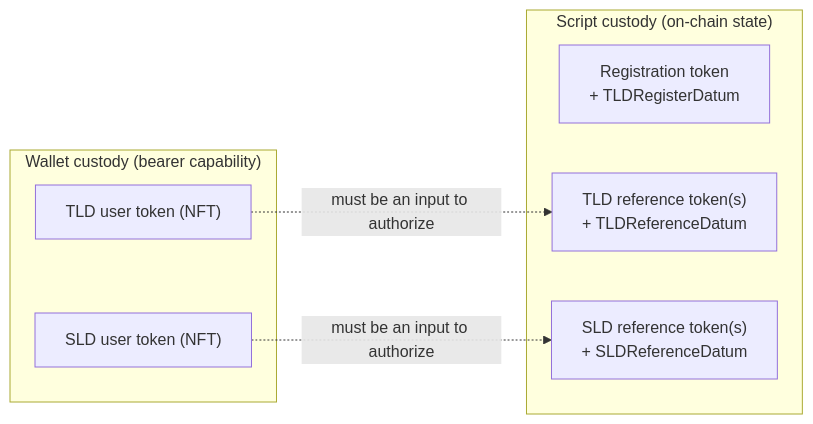
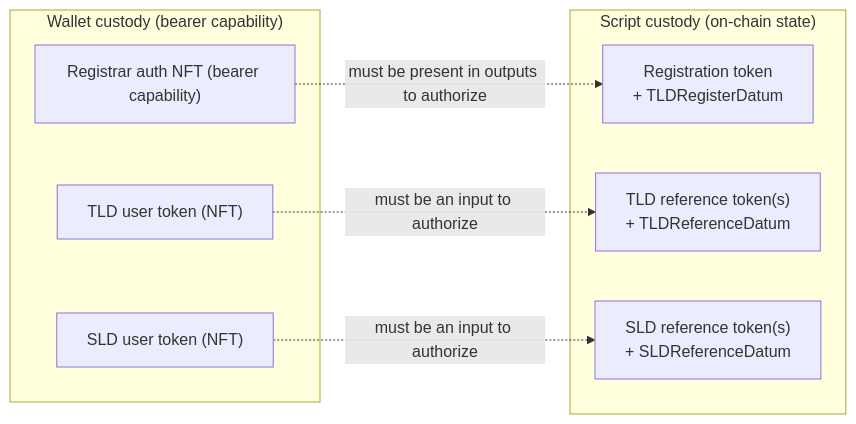
Before and after one commit to blinklabs-io/dns-contracts: the fifth of 14 diagrams in docs/architecture/smart-contract-architecture.md, drawn with Mermaid. The commit also changed other lines of this file and 20 other files, not shown here.

First line of the commit message:
Registrar NFT auth, OwnerAction signature binding, and minted==1 boundary fixes (#21)

````diff
--- a/docs/architecture/smart-contract-architecture.md
+++ b/docs/architecture/smart-contract-architecture.md
@@ -315,15 +318,17 @@
 ```mermaid
 flowchart LR
     subgraph SCRIPTS["Script custody (on-chain state)"]
         RT["Registration token<br/>+ TLDRegisterDatum"]
         TR["TLD reference token(s)<br/>+ TLDReferenceDatum"]
         SR["SLD reference token(s)<br/>+ SLDReferenceDatum"]
     end
     subgraph WALLET["Wallet custody (bearer capability)"]
+        RA["Registrar auth NFT (bearer capability)"]
         TU["TLD user token (NFT)"]
         SU["SLD user token (NFT)"]
     end
 
+    RA -. "must be present in outputs to authorize" .-> RT
     TU -. "must be an input to authorize" .-> TR
     SU -. "must be an input to authorize" .-> SR
 ```
````
